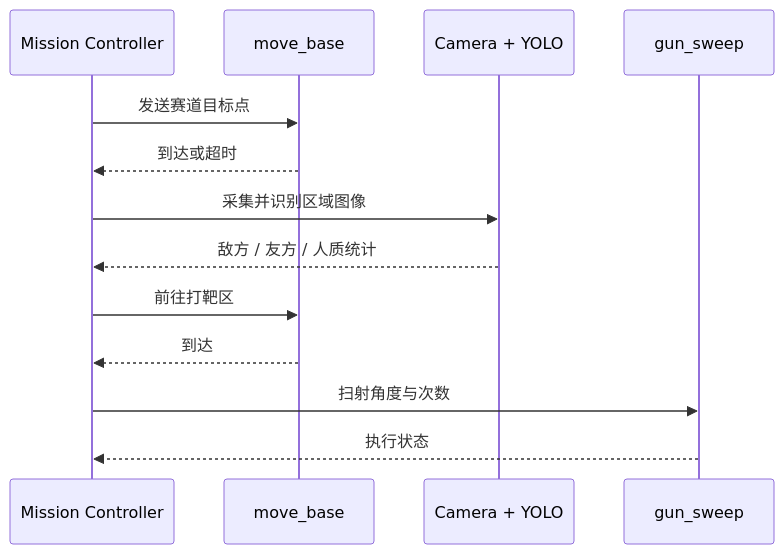
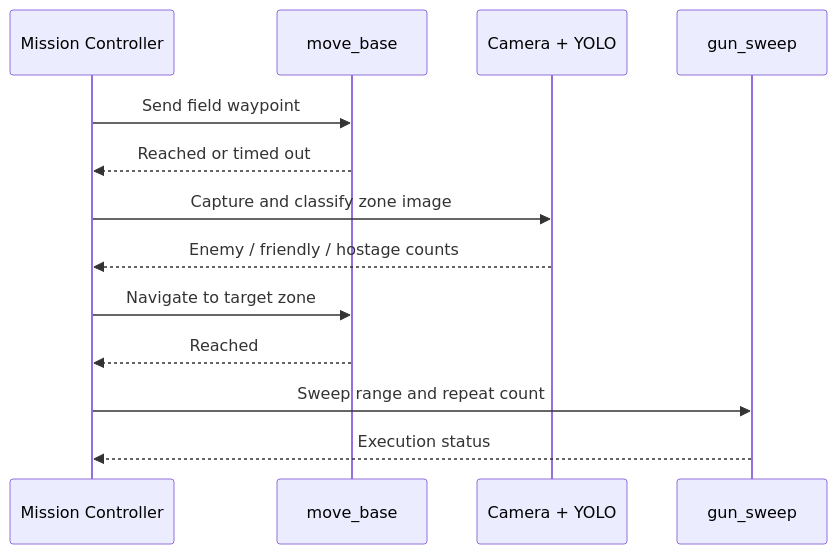
Before and after one commit to hema-ai-dev/raicom-2025-intelligent-recon-vehicle: the diagram in docs/ARCHITECTURE.md, drawn with Mermaid. The commit also changed other lines of this file and 19 other files, not shown here.

````diff
--- a/docs/ARCHITECTURE.md
+++ b/docs/ARCHITECTURE.md
@@ -7,15 +9,15 @@
 ```mermaid
 sequenceDiagram
     participant MC as Mission Controller
     participant MB as move_base
     participant CAM as Camera + YOLO
     participant GUN as gun_sweep
-    MC->>MB: 发送赛道目标点
-    MB-->>MC: 到达或超时
-    MC->>CAM: 采集并识别区域图像
-    CAM-->>MC: 敌方 / 友方 / 人质统计
-    MC->>MB: 前往打靶区
-    MB-->>MC: 到达
-    MC->>GUN: 扫射角度与次数
-    GUN-->>MC: 执行状态
+    MC->>MB: Send field waypoint
+    MB-->>MC: Reached or timed out
+    MC->>CAM: Capture and classify zone image
+    CAM-->>MC: Enemy / friendly / hostage counts
+    MC->>MB: Navigate to target zone
+    MB-->>MC: Reached
+    MC->>GUN: Sweep range and repeat count
+    GUN-->>MC: Execution status
 ```
````
